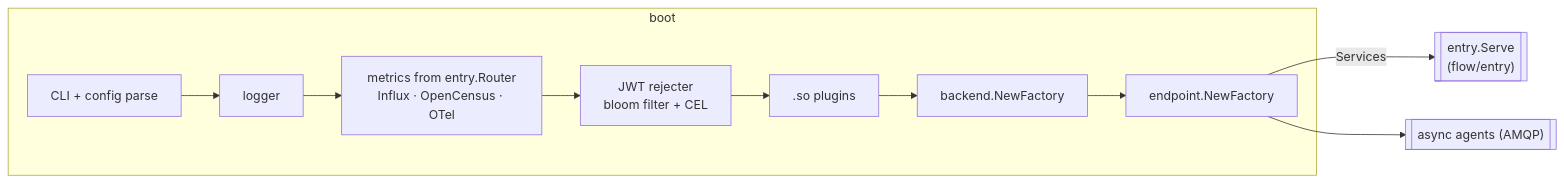
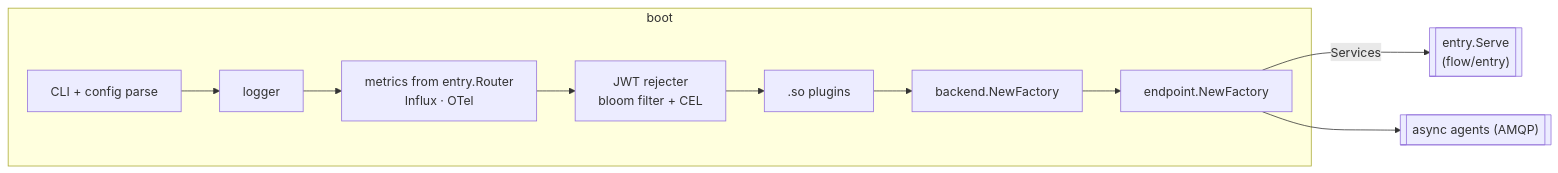
The diagram in docs/flow/1-boot.md (9edang/inkgate), drawn with Mermaid before and after one commit. The commit also changed other lines of this file and 72 other files, not shown here.

First line of the commit message:
dependencies: drop OpenCensus and op/go-logging, AWS SDK v2, go-jose v4

````diff
--- a/docs/flow/1-boot.md
+++ b/docs/flow/1-boot.md
@@ -9,12 +9,12 @@
 ```mermaid
 flowchart LR
     subgraph shared ["boot"]
       CLI[CLI + config parse] --> L[logger]
-      L --> T[metrics from entry.Router<br/>Influx · OpenCensus · OTel]
+      L --> T[metrics from entry.Router<br/>Influx · OTel]
       T --> J[JWT rejecter<br/>bloom filter + CEL]
       J --> PL[.so plugins]
       PL --> BF[backend.NewFactory] --> EF[endpoint.NewFactory]
     end
     EF -- "Services" --> S[["entry.Serve<br/>(flow/entry)"]]
     EF --> AG[["async agents (AMQP)"]]
 ```
````
